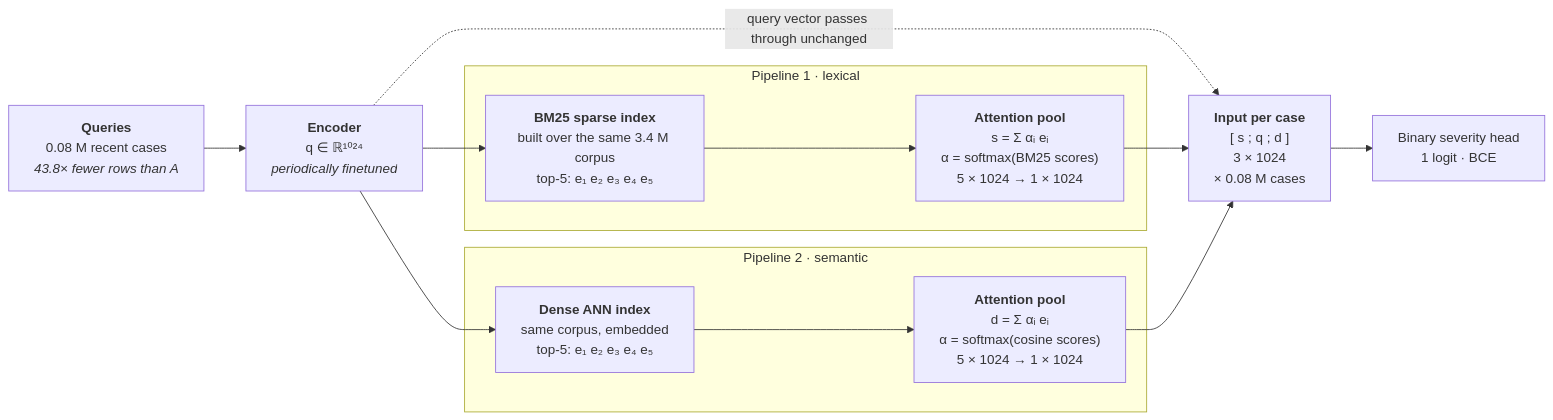
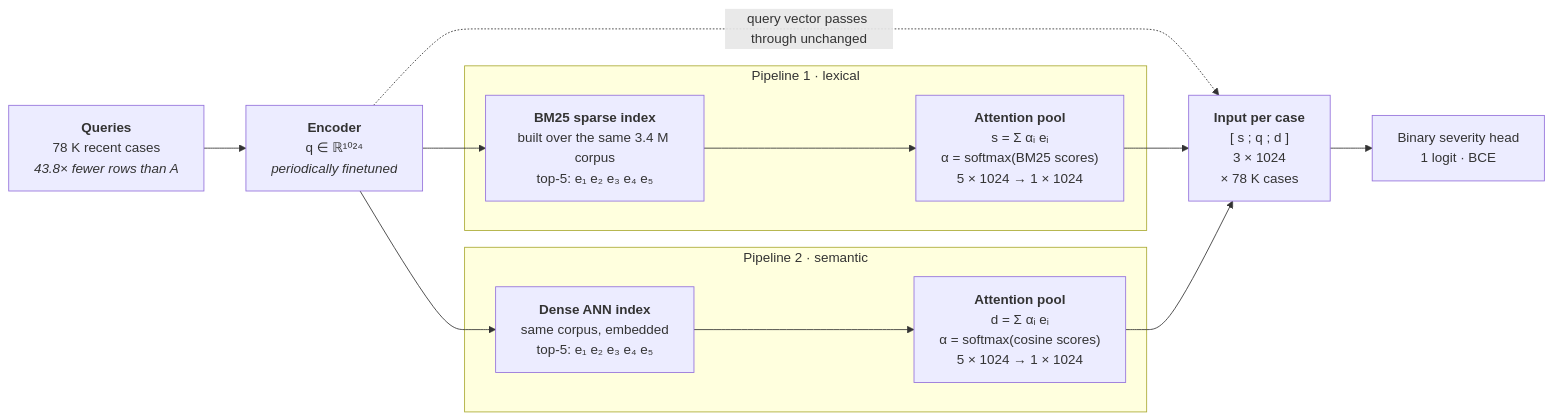
The second of 2 diagrams in README.md (nexusmed-ai/EMNLP2026), drawn with Mermaid before and after one commit. The commit also changed other lines of this file, not shown here.

````diff
--- a/README.md
+++ b/README.md
@@ -45,28 +45,28 @@
 ```mermaid
 flowchart LR
-    Q["<b>Queries</b><br/>0.08 M recent cases<br/><i>43.8× fewer rows than A</i>"]
+    Q["<b>Queries</b><br/>78 K recent cases<br/><i>43.8× fewer rows than A</i>"]
     E["<b>Encoder</b><br/>q ∈ ℝ¹⁰²⁴<br/><i>periodically finetuned</i>"]
 
     subgraph P1["Pipeline 1 · lexical"]
         S["<b>BM25 sparse index</b><br/>built over the same 3.4 M corpus<br/>top-5: e₁ e₂ e₃ e₄ e₅"]
         SP["<b>Attention pool</b><br/>s = Σ αᵢ eᵢ<br/>α = softmax(BM25 scores)<br/>5 × 1024 → 1 × 1024"]
         S --> SP
     end
 
     subgraph P2["Pipeline 2 · semantic"]
         D["<b>Dense ANN index</b><br/>same corpus, embedded<br/>top-5: e₁ e₂ e₃ e₄ e₅"]
         DP["<b>Attention pool</b><br/>d = Σ αᵢ eᵢ<br/>α = softmax(cosine scores)<br/>5 × 1024 → 1 × 1024"]
         D --> DP
     end
 
-    T["<b>Input per case</b><br/>[ s ; q ; d ]<br/>3 × 1024<br/>× 0.08 M cases"]
+    T["<b>Input per case</b><br/>[ s ; q ; d ]<br/>3 × 1024<br/>× 78 K cases"]
     H["Binary severity head<br/>1 logit · BCE"]
 
     Q --> E
     E --> S
     E --> D
     E -.->|"query vector passes through unchanged"| T
     SP --> T
     DP --> T
     T --> H
 ```
````
